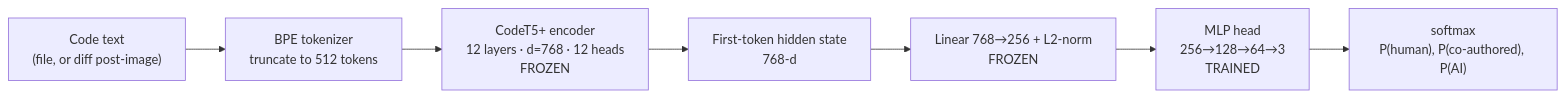
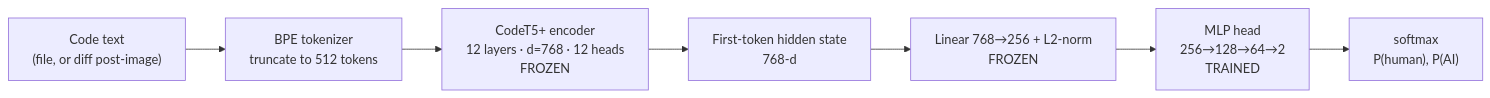
Before and after one commit to jeromeboivin/ai-contribution-detector: the diagram in README.md, drawn with Mermaid. The commit also changed other lines of this file and 15 other files, not shown here.

````diff
--- a/README.md
+++ b/README.md
@@ -177,9 +178,9 @@
 ```mermaid
 flowchart LR
     A["Code text<br/>(file, or diff post-image)"] --> B["BPE tokenizer<br/>truncate to 512 tokens"]
     B --> C["CodeT5+ encoder<br/>12 layers · d=768 · 12 heads<br/>FROZEN"]
     C --> D["First-token hidden state<br/>768-d"]
     D --> E["Linear 768→256 + L2-norm<br/>FROZEN"]
-    E --> F["MLP head<br/>256→128→64→3<br/>TRAINED"]
-    F --> G["softmax<br/>P(human), P(co-authored), P(AI)"]
+    E --> F["MLP head<br/>256→128→64→2<br/>TRAINED"]
+    F --> G["softmax<br/>P(human), P(AI)"]
 ```
````
